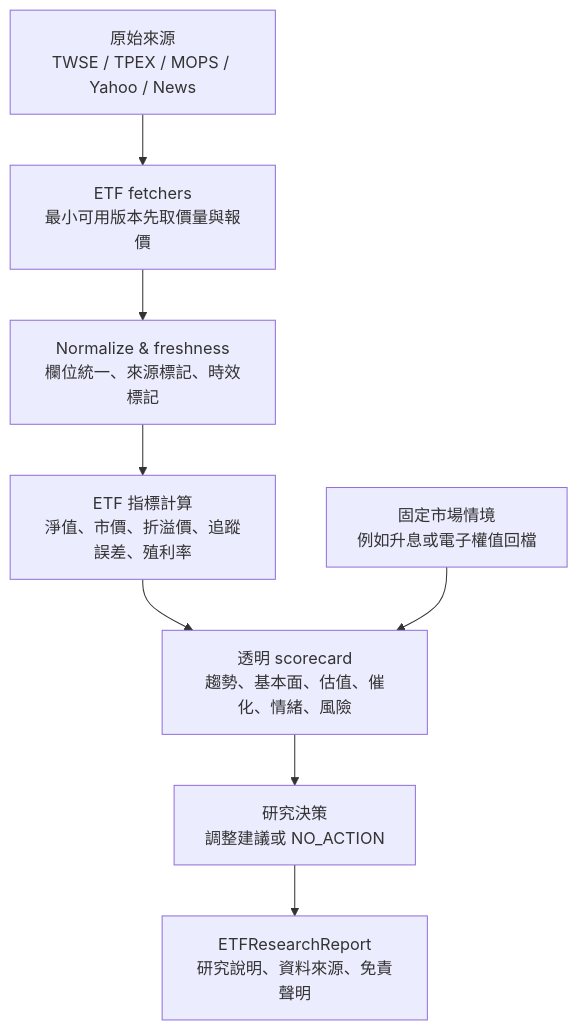
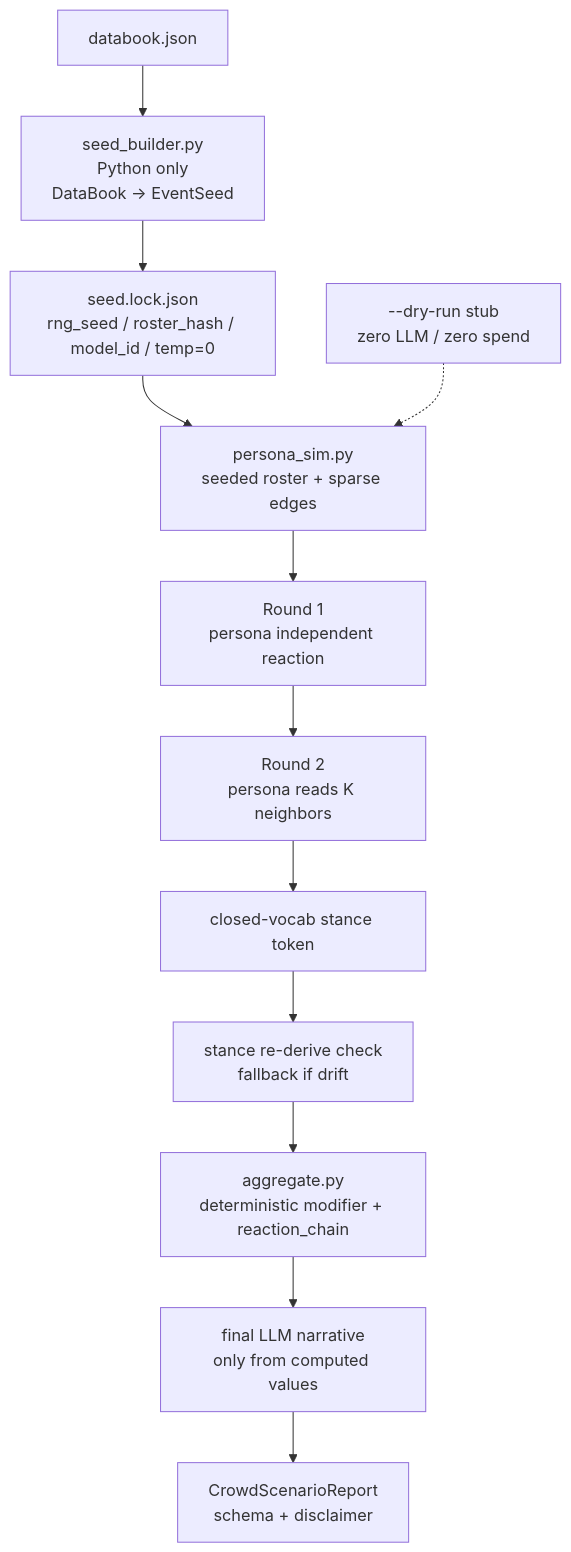
Before and after one commit to Silavater/stack_fund_agent: the seventh of 10 diagrams in doc/StackFund_架構分析_Mermaid.md, drawn with Mermaid. The commit also changed other lines of this file, not shown here.

````diff
--- a/doc/StackFund_架構分析_Mermaid.md
+++ b/doc/StackFund_架構分析_Mermaid.md
@@ -374,19 +410,20 @@
 ```mermaid
 flowchart TB
-    RawSources["原始來源<br/>TWSE / TPEX / MOPS / Yahoo / News"]
-    Fetchers["ETF fetchers<br/>最小可用版本先取價量與報價"]
-    Normalize["Normalize & freshness<br/>欄位統一、來源標記、時效標記"]
-    Metrics["ETF 指標計算<br/>淨值、市價、折溢價、追蹤誤差、殖利率"]
-    Scorecard["透明 scorecard<br/>趨勢、基本面、估值、催化、情緒、風險"]
-    Scenario["固定市場情境<br/>例如升息或電子權值回檔"]
-    Decision["研究決策<br/>調整建議或 NO_ACTION"]
-    Report["ETFResearchReport<br/>研究說明、資料來源、免責聲明"]
+    DataBook["databook.json"]
+    SeedBuilder["seed_builder.py<br/>Python only<br/>DataBook -> EventSeed"]
+    SeedLock["seed.lock.json<br/>rng_seed / roster_hash / model_id / temp=0"]
+    PersonaSim["persona_sim.py<br/>seeded roster + sparse edges"]
+    Round1["Round 1<br/>persona independent reaction"]
+    Round2["Round 2<br/>persona reads K neighbors"]
+    Stance["closed-vocab stance token"]
+    CrossCheck["stance re-derive check<br/>fallback if drift"]
+    Aggregate["aggregate.py<br/>deterministic modifier + reaction_chain"]
+    Narrative["final LLM narrative<br/>only from computed values"]
+    Report["CrowdScenarioReport<br/>schema + disclaimer"]
+    DryRun["--dry-run stub<br/>zero LLM / zero spend"]
 
-    RawSources --> Fetchers
-    Fetchers --> Normalize
-    Normalize --> Metrics
-    Metrics --> Scorecard
-    Scenario --> Scorecard
-    Scorecard --> Decision
-    Decision --> Report
+    DataBook --> SeedBuilder --> SeedLock --> PersonaSim
+    PersonaSim --> Round1 --> Round2 --> Stance --> CrossCheck --> Aggregate
+    Aggregate --> Narrative --> Report
+    DryRun -.-> PersonaSim
 ```
````
